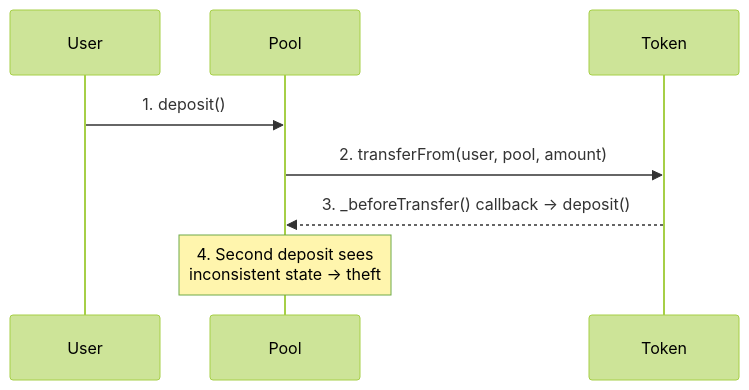
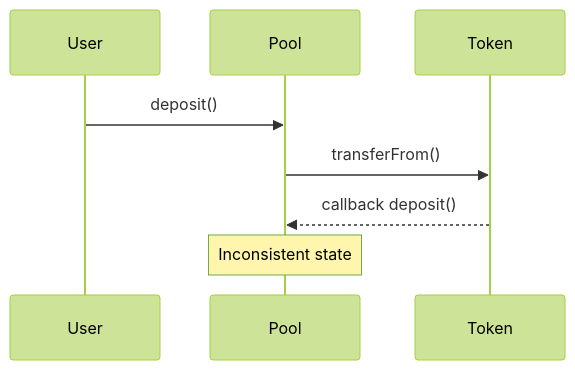
One commit to btr-protocol/dex changed the second of 9 diagrams in docs/3. Security/3.4. Flow Guards.md. Above: the diagram before and after it, drawn with Mermaid (forest theme). The commit also changed other lines of this file and 27 other files, not shown here.

````diff
--- a/docs/3. Security/3.4. Flow Guards.md
+++ b/docs/3. Security/3.4. Flow Guards.md
@@ -40,11 +36,11 @@
 ```mermaid
 sequenceDiagram
     participant User
     participant Pool
     participant Token
 
-    User->>Pool: 1. deposit()
-    Pool->>Token: 2. transferFrom(user, pool, amount)
-    Token-->>Pool: 3. _beforeTransfer() callback → deposit()
-    Note over Pool: 4. Second deposit sees<br/>inconsistent state → theft
+    User->>Pool: deposit()
+    Pool->>Token: transferFrom()
+    Token-->>Pool: callback deposit()
+    Note over Pool: Inconsistent state
 ```
````
